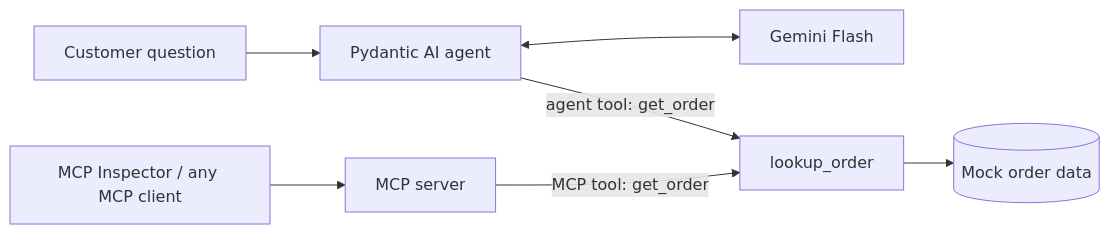
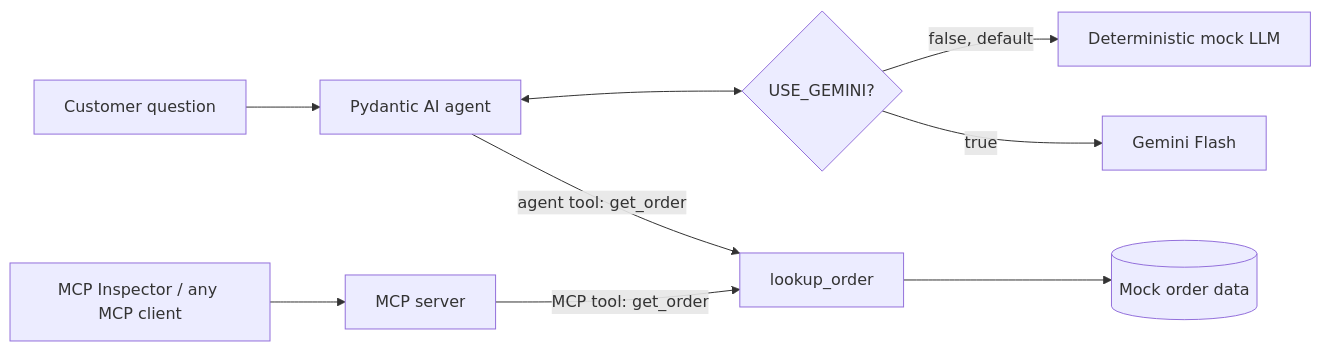
Before and after one commit to susmitpy/mini-support-agent-workshop: the diagram in README.md, drawn with Mermaid. The commit also changed other lines of this file and 4 other files, not shown here.

First line of the commit message:
Add USE_GEMINI switch with mock LLM default to student exercise

````diff
--- a/README.md
+++ b/README.md
@@ -26,9 +26,11 @@
 ```mermaid
 flowchart LR
     U[Customer question] --> A[Pydantic AI agent]
-    A <--> G[Gemini Flash]
+    A <--> G{USE_GEMINI?}
+    G -- false, default --> M[Deterministic mock LLM]
+    G -- true --> F[Gemini Flash]
     A -- agent tool: get_order --> L[lookup_order]
     I[MCP Inspector / any MCP client] --> S[MCP server]
     S -- MCP tool: get_order --> L
     L --> D[(Mock order data)]
 ```
````
